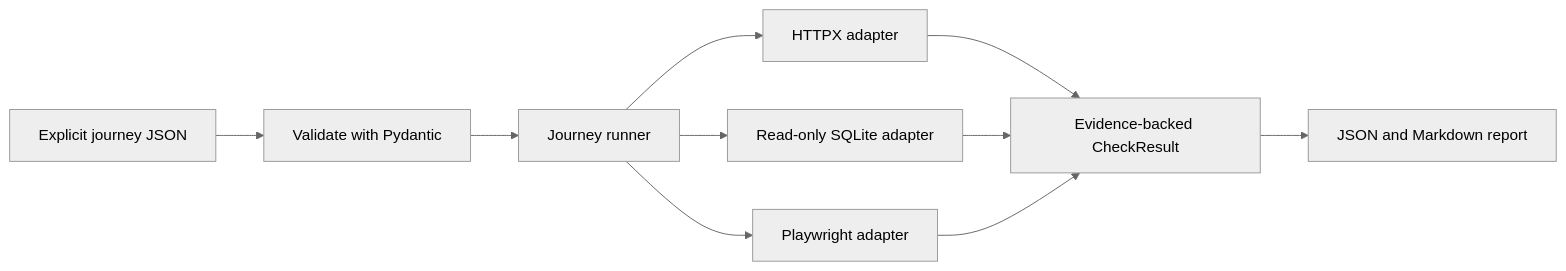
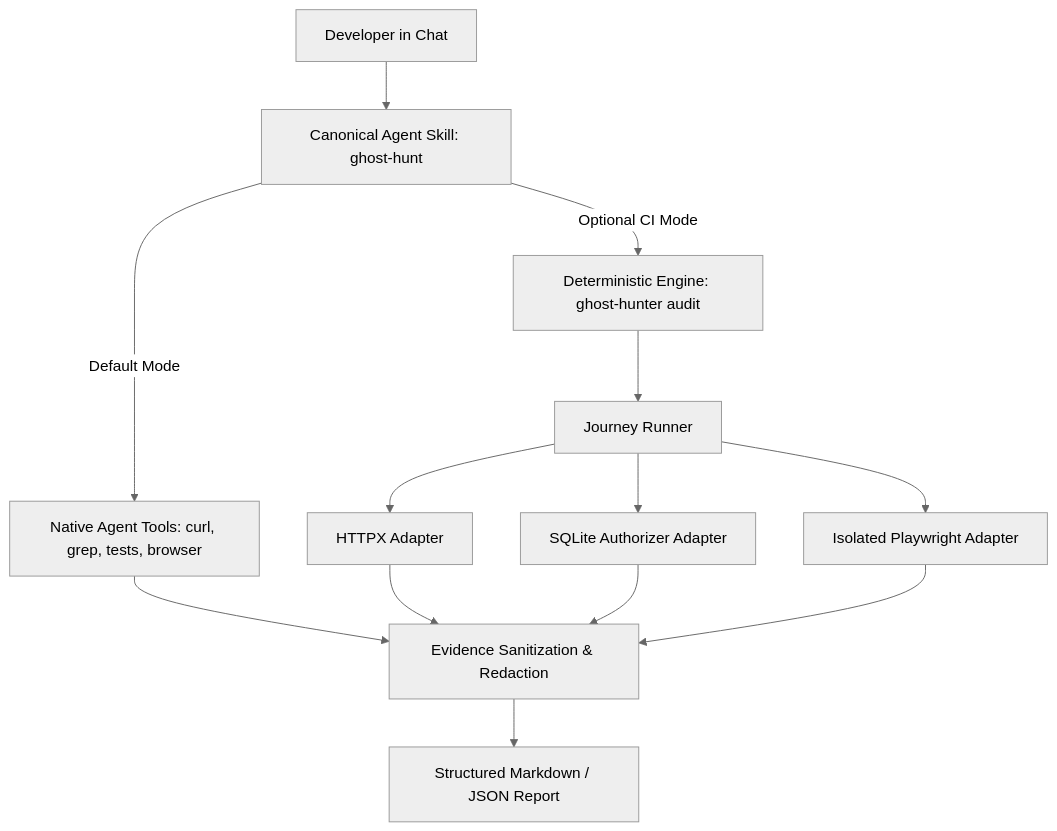
The diagram in docs/architecture.md (kalyan-dasari/ghost-feature-hunter), drawn with Mermaid (neutral theme) before and after one commit. The commit also changed other lines of this file and 2 other files, not shown here.

Commit message:
docs: add architecture and adapter documentation with skill structure tests

````diff
--- a/docs/architecture.md
+++ b/docs/architecture.md
@@ -20,12 +16,15 @@
 ```mermaid
-flowchart LR
-  J[Explicit journey JSON] --> V[Validate with Pydantic]
-  V --> R[Journey runner]
-  R --> H[HTTPX adapter]
-  R --> D[Read-only SQLite adapter]
-  R --> B[Playwright adapter]
-  H --> E[Evidence-backed CheckResult]
-  D --> E
-  B --> E
-  E --> O[JSON and Markdown report]
+flowchart TD
+  User[Developer in Chat] --> Skill[Canonical Agent Skill: ghost-hunt]
+  Skill -->|Default Mode| Native[Native Agent Tools: curl, grep, tests, browser]
+  Skill -->|Optional CI Mode| CLI[Deterministic Engine: ghost-hunter audit]
+  CLI --> Engine[Journey Runner]
+  Engine --> H[HTTPX Adapter]
+  Engine --> D[SQLite Authorizer Adapter]
+  Engine --> B[Isolated Playwright Adapter]
+  Native --> Evidence[Evidence Sanitization & Redaction]
+  H --> Evidence
+  D --> Evidence
+  B --> Evidence
+  Evidence --> Report[Structured Markdown / JSON Report]
 ```
````
